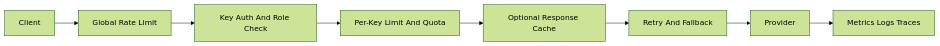
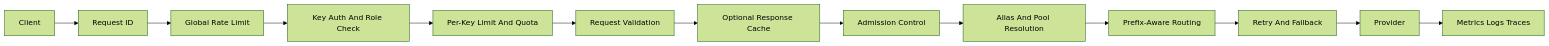
Before and after one commit to justinrm/rustygate: the second of 4 diagrams in docs/architecture.md, drawn with Mermaid (forest theme). The commit also changed other lines of this file and 77 other files, not shown here.

````diff
--- a/docs/architecture.md
+++ b/docs/architecture.md
@@ -43,10 +50,15 @@
 ```mermaid
 flowchart LR
-    Client[Client] --> PreLimit[Global Rate Limit]
-    PreLimit --> Auth[Key Auth And Role Check]
-    Auth --> PerKeyLimit[Per-Key Limit And Quota]
-    PerKeyLimit --> Cache[Optional Response Cache]
-    Cache --> Fallback[Retry And Fallback]
+    Client[Client] --> RequestId["Request ID"]
+    RequestId --> PreLimit["Global Rate Limit"]
+    PreLimit --> Auth["Key Auth And Role Check"]
+    Auth --> PerKeyLimit["Per-Key Limit And Quota"]
+    PerKeyLimit --> Validate["Request Validation"]
+    Validate --> Cache["Optional Response Cache"]
+    Cache --> Admission["Admission Control"]
+    Admission --> Resolve["Alias And Pool Resolution"]
+    Resolve --> Route["Prefix-Aware Routing"]
+    Route --> Fallback["Retry And Fallback"]
     Fallback --> Provider[Provider]
-    Provider --> Metrics[Metrics Logs Traces]
+    Provider --> Metrics["Metrics Logs Traces"]
 ```
````
